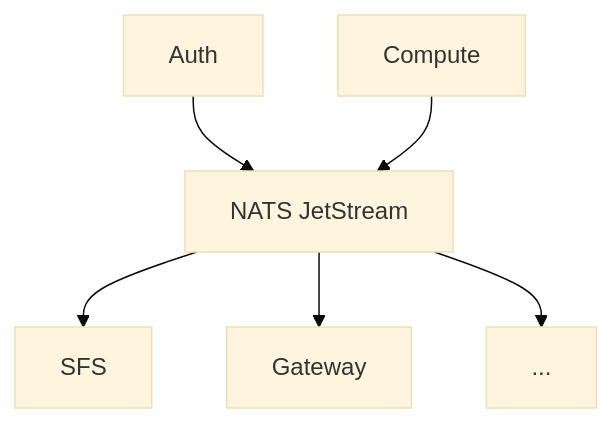
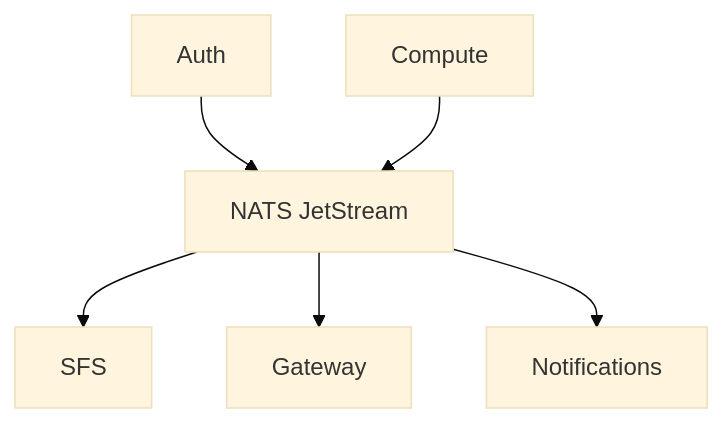
Before and after one commit to EddisonSo/cloud: the diagram in edd-cloud-docs/docs/infrastructure/nats.md, drawn with Mermaid (base theme). The commit also changed other lines of this file and 5 other files, not shown here.

````diff
--- a/edd-cloud-docs/docs/infrastructure/nats.md
+++ b/edd-cloud-docs/docs/infrastructure/nats.md
@@ -18,9 +18,9 @@
 ```mermaid
 flowchart TB
     Auth[Auth] --> NATS[NATS JetStream]
     Compute[Compute] --> NATS
 
     NATS --> SFS[SFS]
     NATS --> Gateway[Gateway]
-    NATS --> Other[...]
+    NATS --> Notif[Notifications]
 ```
````
